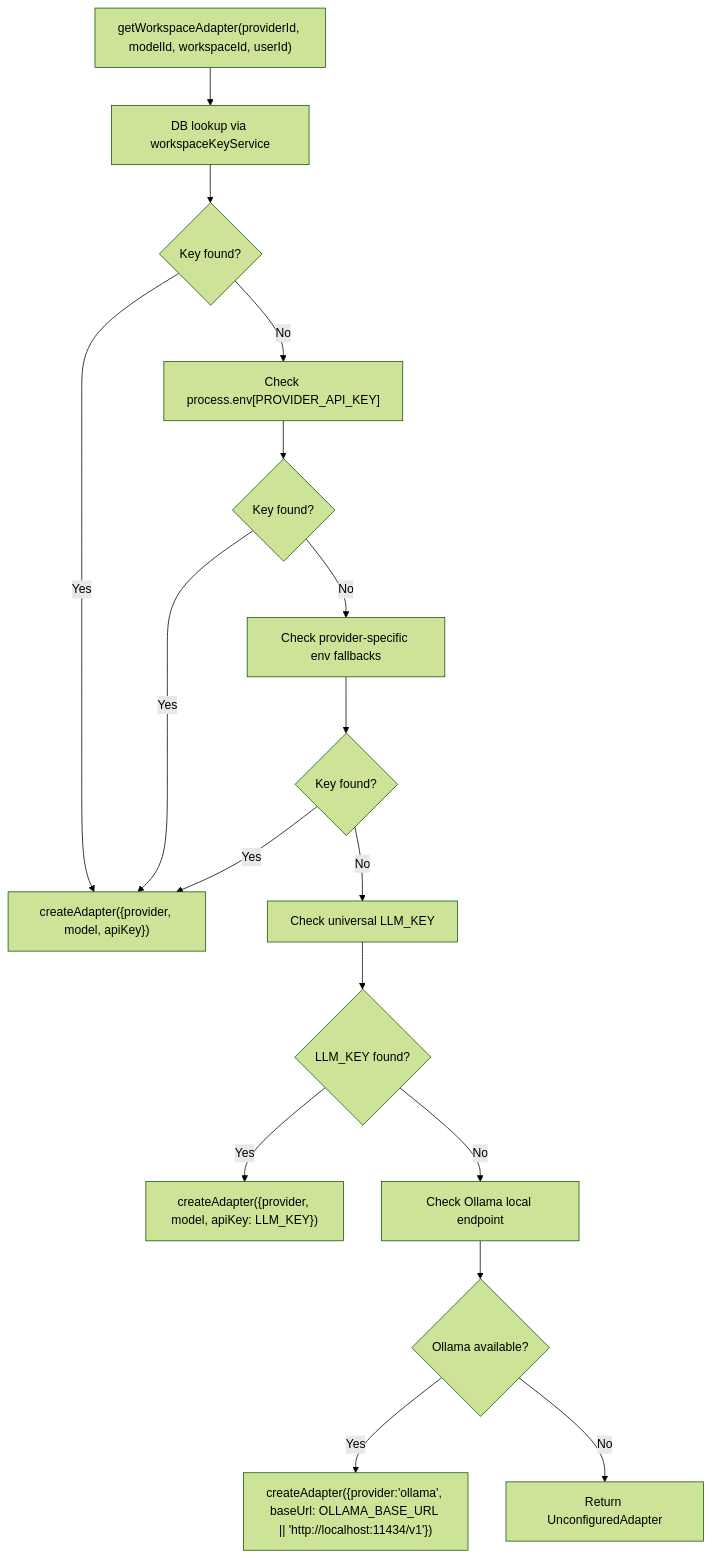
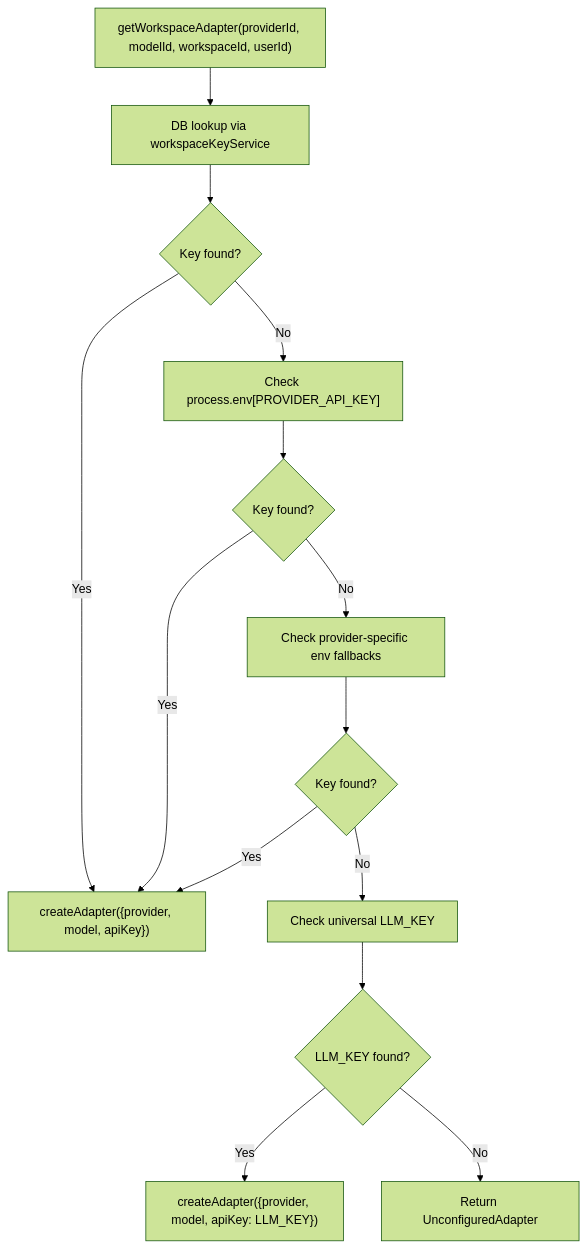
The eighth of 10 diagrams in .qoder/repowiki/en/content/Architecture & Design/Layered Architecture/Business Logic Layer/AI Provider Adapter System.md (shekhargiri005-dotcom/AI-powered-accessibility-first-UI-engine), drawn with Mermaid (forest theme) before and after one commit. The commit also changed other lines of this file and 6 other files, not shown here.

First line of the commit message:
fix: VersionTimeline visibility and reduce inactivity timeout to 15min

````diff
--- a/.qoder/repowiki/en/content/Architecture & Design/Layered Architecture/Business Logic Layer/AI Provider Adapter System.md
+++ b/.qoder/repowiki/en/content/Architecture & Design/Layered Architecture/Business Logic Layer/AI Provider Adapter System.md
@@ -407,19 +373,16 @@
 ```mermaid
 flowchart TD
 A["getWorkspaceAdapter(providerId, modelId, workspaceId, userId)"] --> B["DB lookup via workspaceKeyService"]
 B --> C{"Key found?"}
 C -- Yes --> D["createAdapter({provider, model, apiKey})"]
 C -- No --> E["Check process.env[PROVIDER_API_KEY]"]
 E --> F{"Key found?"}
 F -- Yes --> D
 F -- No --> G["Check provider-specific env fallbacks"]
 G --> H{"Key found?"}
 H -- Yes --> D
 H -- No --> I["Check universal LLM_KEY"]
 I --> J{"LLM_KEY found?"}
 J -- Yes --> K["createAdapter({provider, model, apiKey: LLM_KEY})"]
-J -- No --> L["Check Ollama local endpoint"]
-L --> M{"Ollama available?"}
-M -- Yes --> N["createAdapter({provider:'ollama', baseUrl: OLLAMA_BASE_URL || 'http://localhost:11434/v1'})"]
-M -- No --> O["Return UnconfiguredAdapter"]
+J -- No --> O["Return UnconfiguredAdapter"]
 ```
````
